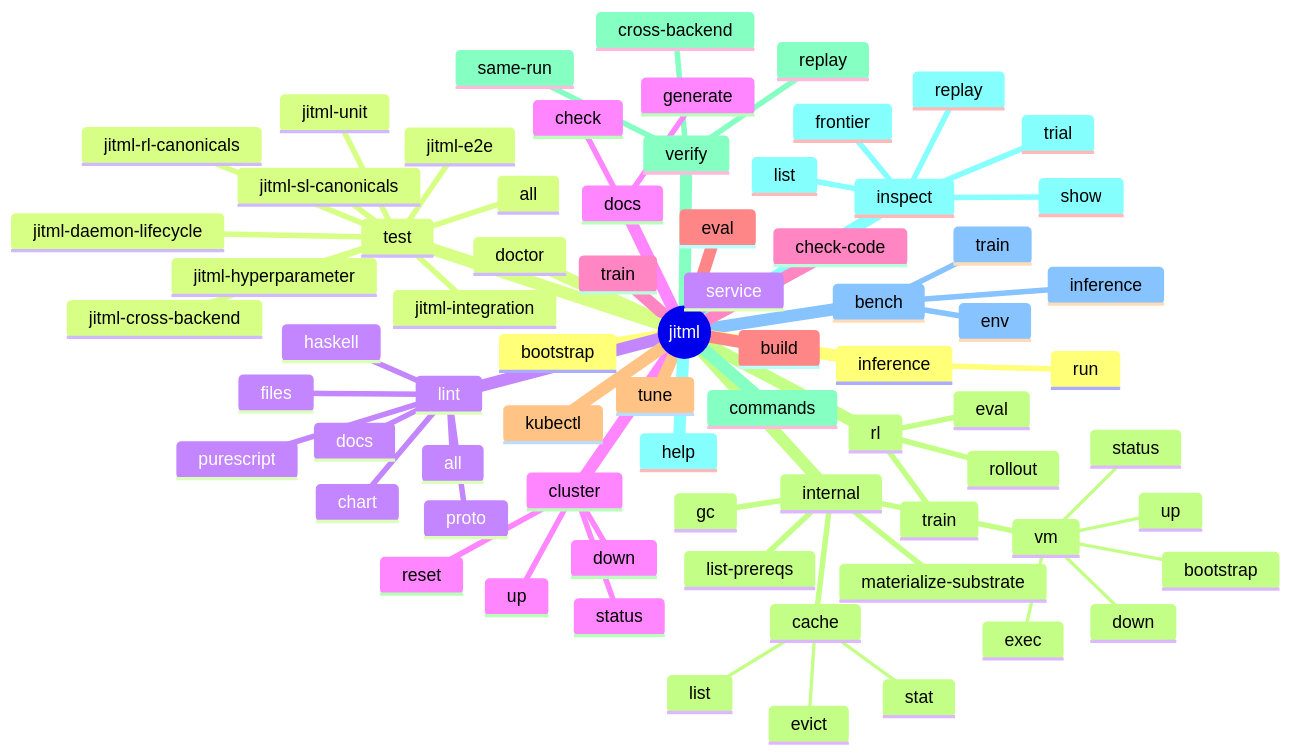
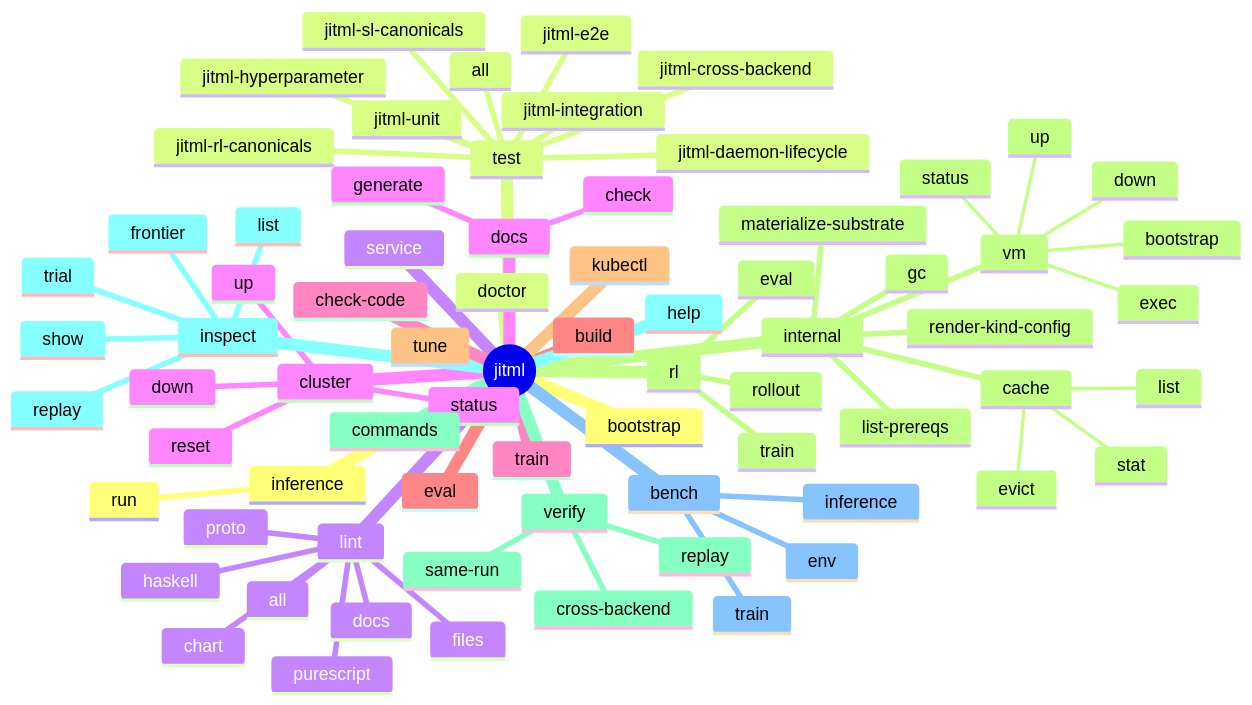
Before and after one commit to Tuee22/jitML: the first of 4 diagrams in README.md, drawn with Mermaid. The commit also changed other lines of this file and 29 other files, not shown here.

````diff
--- a/README.md
+++ b/README.md
@@ -664,75 +664,76 @@
 ```mermaid
 mindmap
   root((jitml))
     bootstrap
     doctor
     service
     cluster
       up
       down
       status
       reset
     train
     eval
     tune
     rl
       train
       eval
       rollout
     verify
       same-run
       cross-backend
       replay
     inspect
       list
       show
       replay
       trial
       frontier
     bench
       train
       inference
       env
     inference
       run
     test
       all
       jitml-unit
       jitml-integration
       jitml-sl-canonicals
       jitml-rl-canonicals
       jitml-hyperparameter
       jitml-cross-backend
       jitml-daemon-lifecycle
       jitml-e2e
     lint
       files
       docs
       proto
       chart
       haskell
       purescript
       all
     docs
       check
       generate
     check-code
     build
     kubectl
     internal
       materialize-substrate
+      render-kind-config
       list-prereqs
       gc
       vm
         bootstrap
         up
         down
         status
         exec
       cache
         stat
         list
         evict
     commands
     help
 ```
````
